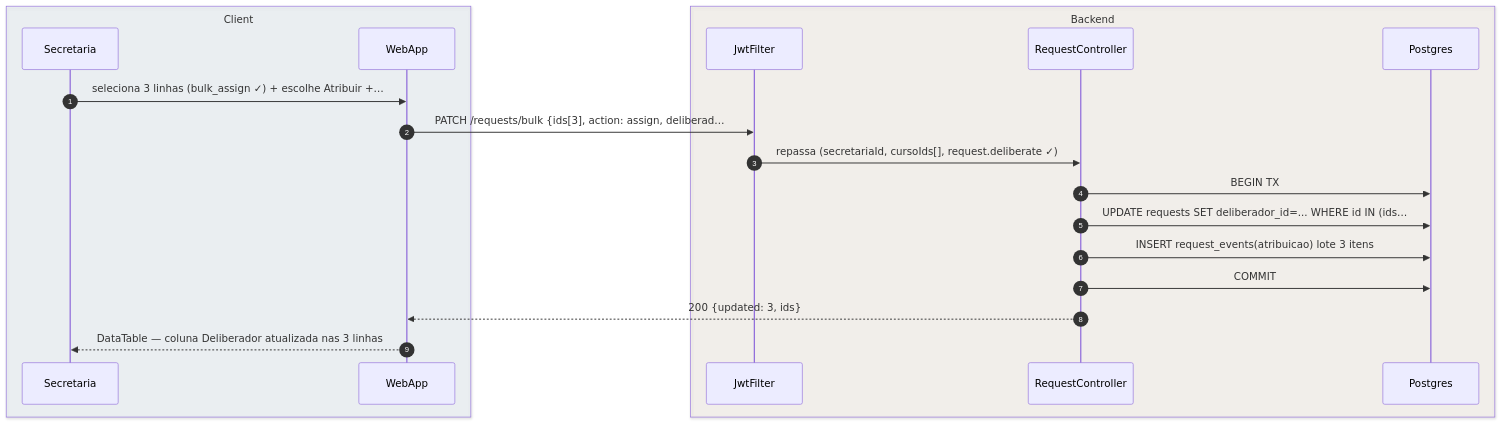
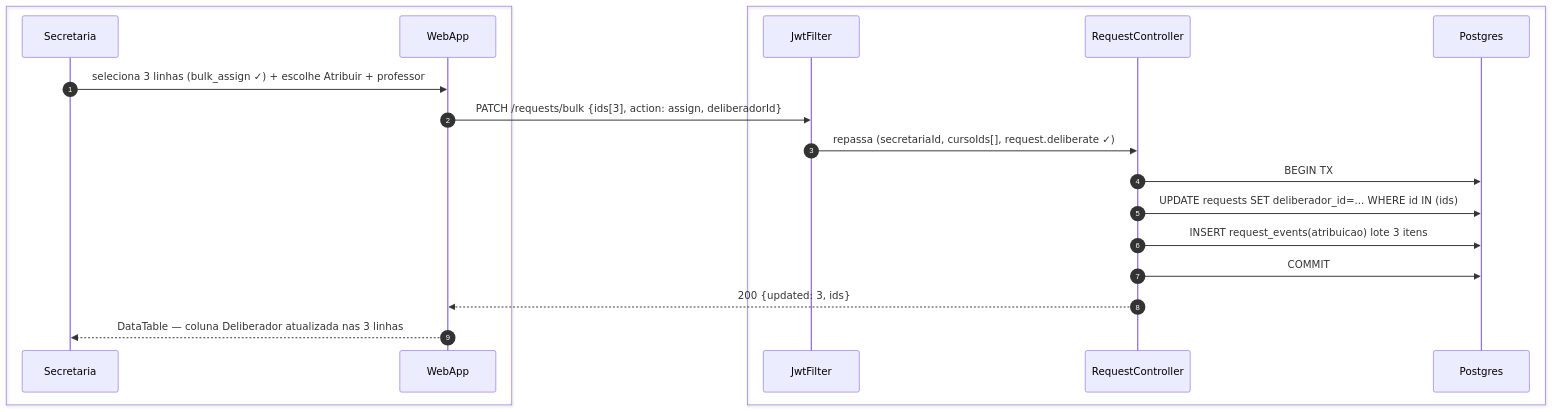
Before and after one commit to umishell/secretariaOnline2: the fourth of 7 diagrams in foundationDocs/sequenceDiagrams/F5 — Secretaria/US-F5-002-SOLICITACOES.md, drawn with Mermaid. The commit also changed other lines of this file and 70 other files, not shown here.

First line of the commit message:
Enhance database documentation and introduce new schema files

````diff
--- a/foundationDocs/sequenceDiagrams/F5 — Secretaria/US-F5-002-SOLICITACOES.md
+++ b/foundationDocs/sequenceDiagrams/F5 — Secretaria/US-F5-002-SOLICITACOES.md
@@ -191,23 +191,23 @@
 ```mermaid
 sequenceDiagram
     autonumber
-    box rgba(230,245,255,0.3) Client
+    box #e8f4fc Cliente
         participant Secretaria
         participant WebApp
     end
-    box rgba(255,245,230,0.3) Backend
+    box #fff8ee Servidor
         participant JwtFilter
         participant RequestController
         participant Postgres
     end
 
-    Secretaria->>WebApp: seleciona 3 linhas (bulk_assign ✓) + escolhe Atribuir +…
-    WebApp->>JwtFilter: PATCH /requests/bulk {ids[3], action: assign, deliberad…
+    Secretaria->>WebApp: seleciona 3 linhas (bulk_assign ✓) + escolhe Atribuir + professor
+    WebApp->>JwtFilter: PATCH /requests/bulk {ids[3], action: assign, deliberadorId}
     JwtFilter->>RequestController: repassa (secretariaId, cursoIds[], request.deliberate ✓)
     RequestController->>Postgres: BEGIN TX
-    RequestController->>Postgres: UPDATE requests SET deliberador_id=... WHERE id IN (ids…
+    RequestController->>Postgres: UPDATE requests SET deliberador_id=... WHERE id IN (ids)
     RequestController->>Postgres: INSERT request_events(atribuicao) lote 3 itens
     RequestController->>Postgres: COMMIT
     RequestController-->>WebApp: 200 {updated: 3, ids}
     WebApp-->>Secretaria: DataTable — coluna Deliberador atualizada nas 3 linhas
 ```
````
